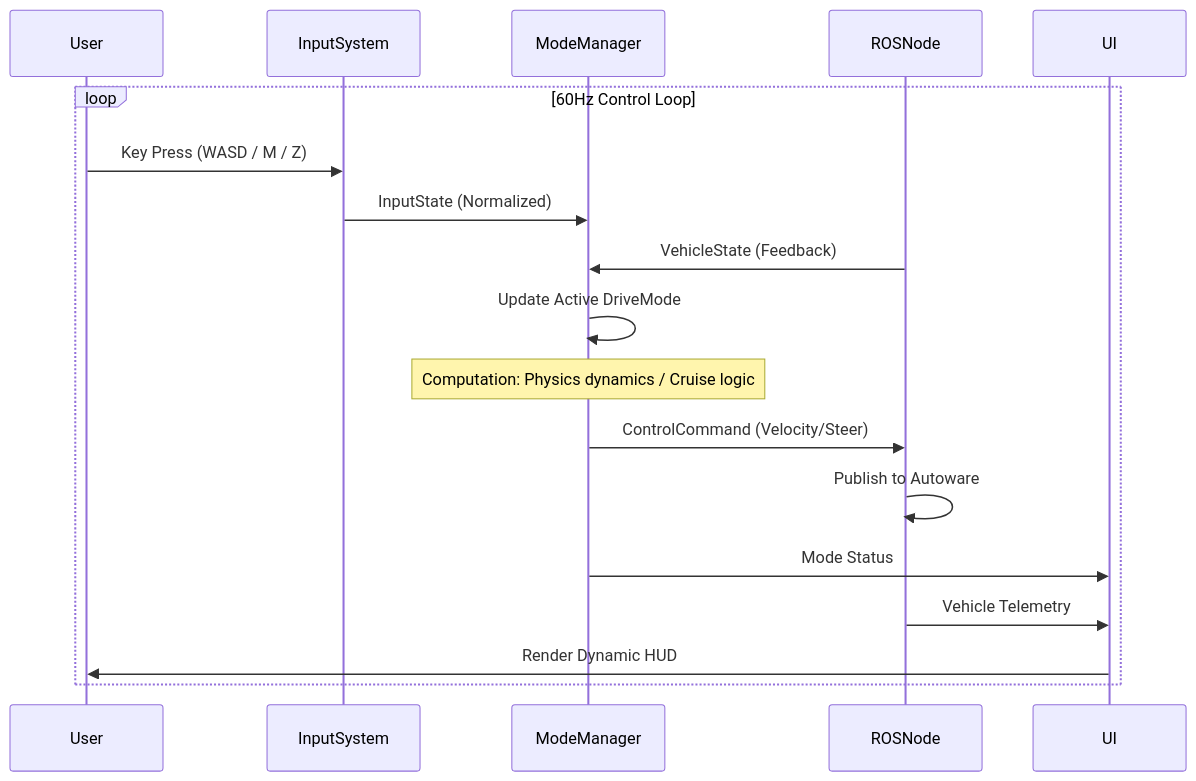
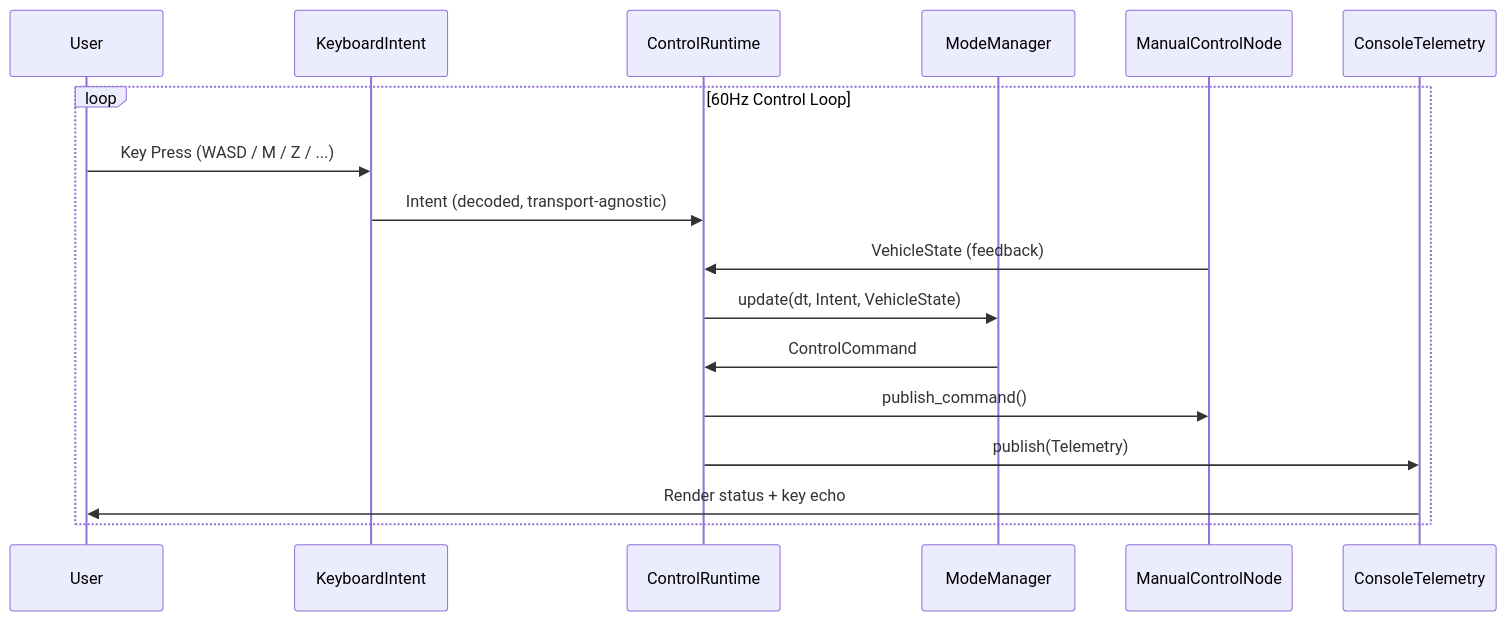
Before and after one commit to evshary/autoware_manual_control: the first of 2 diagrams in README.md, drawn with Mermaid. The commit also changed other lines of this file and 23 other files, not shown here.

First line of the commit message:
feat: config-driven modes, operator-mode control, and a intent-telemetry layer (#10)

````diff
--- a/README.md
+++ b/README.md
@@ -148,24 +170,20 @@
 ```mermaid
 sequenceDiagram
     participant User
-    participant InputSystem
+    participant KeyboardIntent
+    participant ControlRuntime
     participant ModeManager
-    participant ROSNode
-    participant UI
+    participant ManualControlNode
+    participant ConsoleTelemetry
 
     loop 60Hz Control Loop
-        User->>InputSystem: Key Press (WASD / M / Z)
-        InputSystem->>ModeManager: InputState (Normalized)
-        ROSNode->>ModeManager: VehicleState (Feedback)
-        
-        ModeManager->>ModeManager: Update Active DriveMode
-        Note over ModeManager: Computation: Physics dynamics / Cruise logic
-        
-        ModeManager->>ROSNode: ControlCommand (Velocity/Steer)
-        ROSNode->>ROSNode: Publish to Autoware
-        
-        ModeManager->>UI: Mode Status
-        ROSNode->>UI: Vehicle Telemetry
-        UI->>User: Render Dynamic HUD
+        User->>KeyboardIntent: Key Press (WASD / M / Z / ...)
+        KeyboardIntent->>ControlRuntime: Intent (decoded, transport-agnostic)
+        ManualControlNode->>ControlRuntime: VehicleState (feedback)
+        ControlRuntime->>ModeManager: update(dt, Intent, VehicleState)
+        ModeManager->>ControlRuntime: ControlCommand
+        ControlRuntime->>ManualControlNode: publish_command()
+        ControlRuntime->>ConsoleTelemetry: publish(Telemetry)
+        ConsoleTelemetry->>User: Render status + key echo
     end
 ```
````
